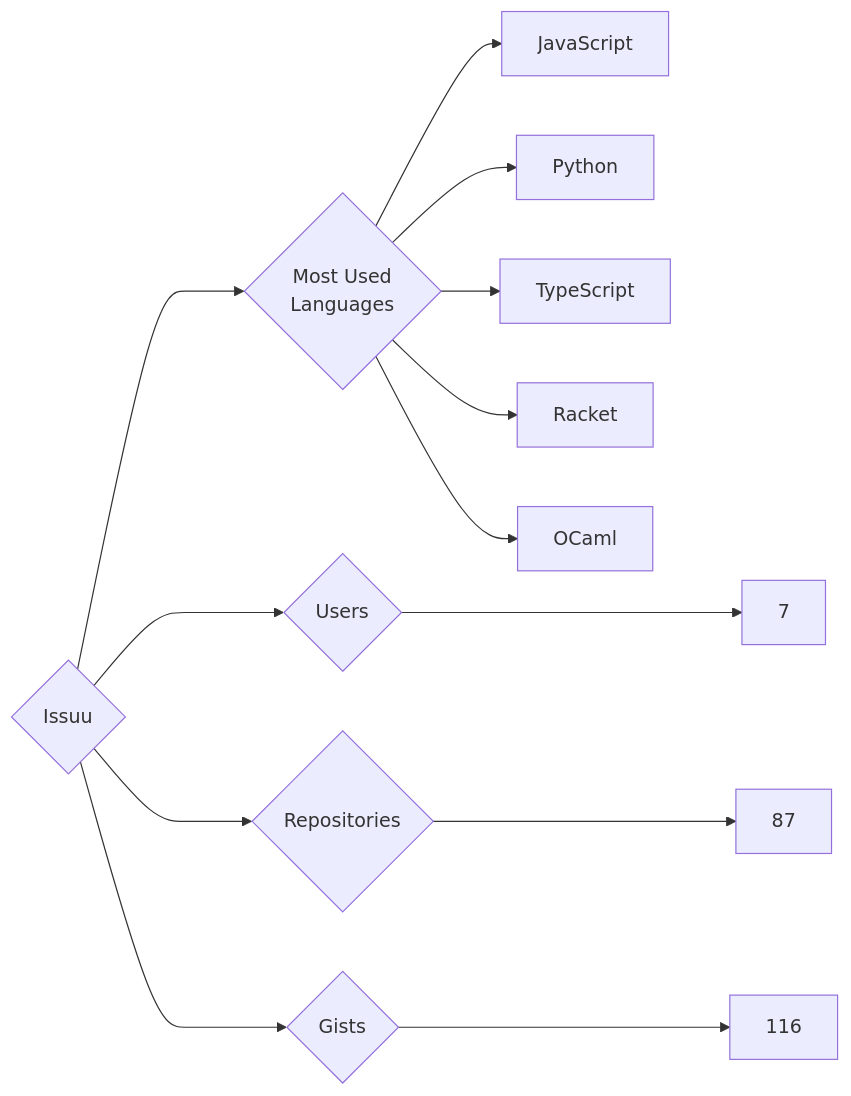
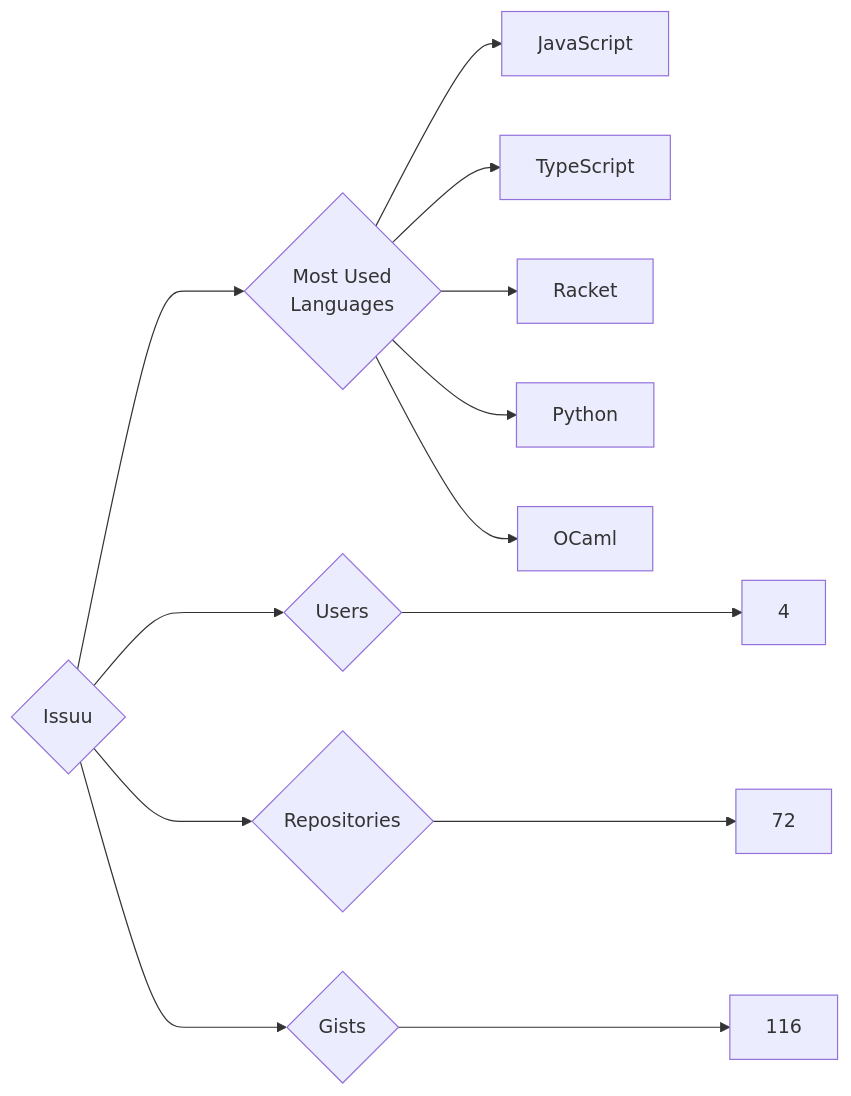
The diagram in targets/Issuu/README.md (trickest/insiders), drawn with Mermaid before and after one commit. The commit also changed 757 other files, not shown here.

````diff
--- a/targets/Issuu/README.md
+++ b/targets/Issuu/README.md
@@ -3,13 +3,13 @@
 ```mermaid
 graph LR
 COMPANY_NAME{Issuu}
-COMPANY_NAME ---> U{Users} ---> UN[7]
-COMPANY_NAME ---> R{Repositories} ---> RN[87]
+COMPANY_NAME ---> U{Users} ---> UN[4]
+COMPANY_NAME ---> R{Repositories} ---> RN[72]
 COMPANY_NAME ---> G{Gists} ---> GN[116]
 COMPANY_NAME ---> ML{Most Used<br>Languages}
 ML --> JavaScript[JavaScript]
-ML --> Python[Python]
 ML --> TypeScript[TypeScript]
 ML --> Racket[Racket]
+ML --> Python[Python]
 ML --> OCaml[OCaml]
 ```
````
